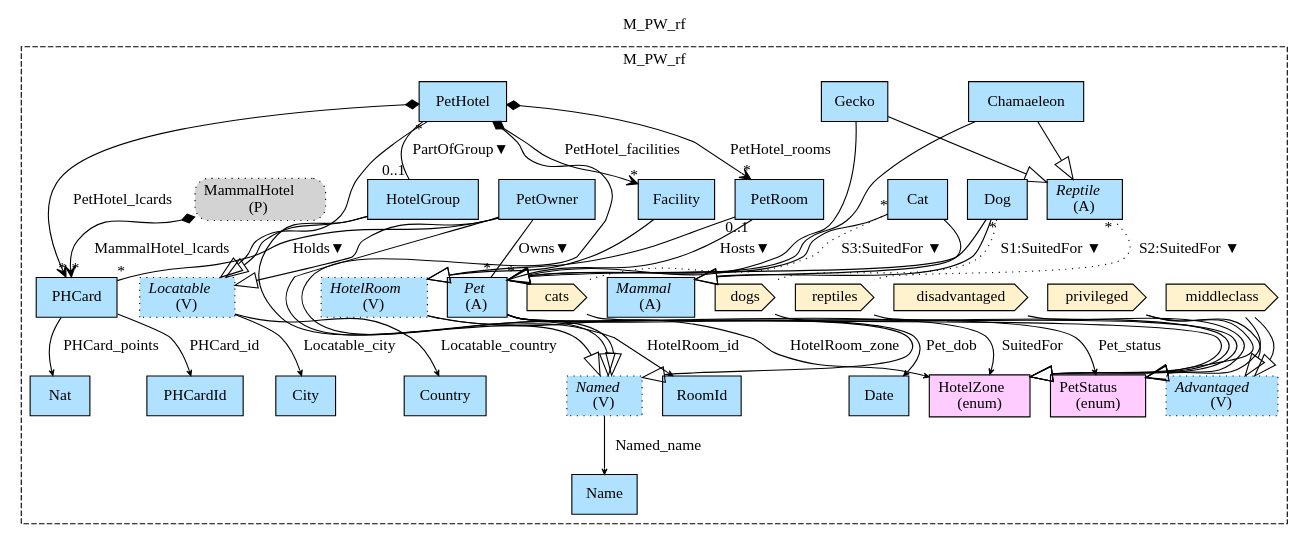
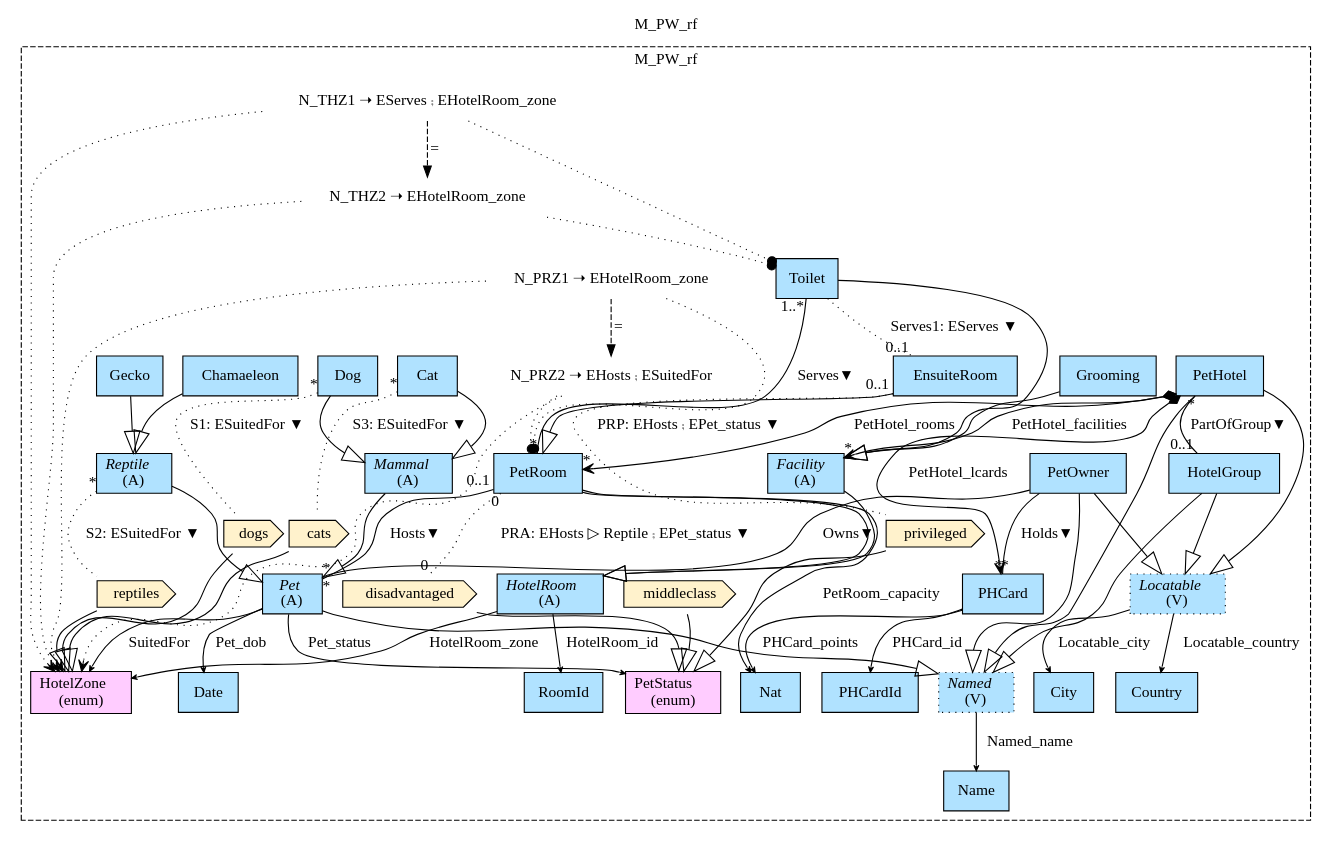
One commit to namalio/Fragmenta changed the diagram in Haskell/FragmentaTests/PetsWorld/img/M_PW_rf.gv. Above: the diagram before and after it, drawn with Graphviz. The commit also changed 36 other files, not shown here.

```diff
--- a/Haskell/FragmentaTests/PetsWorld/img/M_PW_rf.gv
+++ b/Haskell/FragmentaTests/PetsWorld/img/M_PW_rf.gv
@@ -1,86 +1,107 @@
 digraph {graph[label=M_PW_rf,labelloc=tl,labelfontsize=12];
 subgraph cluster_M_PW_rf{style=dashed;label=M_PW_rf;
 "Name"[shape=record,fillcolor=lightskyblue1,style = filled,label="Name"];
 "Country"[shape=record,fillcolor=lightskyblue1,style = filled,label="Country"];
 "City"[shape=record,fillcolor=lightskyblue1,style = filled,label="City"];
 "Date"[shape=record,fillcolor=lightskyblue1,style = filled,label="Date"];
 "PetOwner"[shape=record,fillcolor=lightskyblue1,style = filled,label="PetOwner"];
-"disadvantaged"[shape=cds,fillcolor="#FFF2CC",style = filled,label="disadvantaged"];
+"middleclass"[shape=cds,fillcolor="#FFF2CC",style = filled,label="middleclass"];
 "PetStatus"[shape=record,fillcolor="#FFCCFF",style = filled,label="PetStatus\l(enum)"];
 "Mammal"[shape=record,fillcolor=lightskyblue1,style = filled,label=<{<I>Mammal</I><br/>(A)}>];
 "Chamaeleon"[shape=record,fillcolor=lightskyblue1,style = filled,label="Chamaeleon"];
 "Gecko"[shape=record,fillcolor=lightskyblue1,style = filled,label="Gecko"];
-"privileged"[shape=cds,fillcolor="#FFF2CC",style = filled,label="privileged"];
-"middleclass"[shape=cds,fillcolor="#FFF2CC",style = filled,label="middleclass"];
-"Advantaged"[shape=record,fillcolor=lightskyblue1,style ="filled,dotted",label=<{<I>Advantaged</I><br/>(V)}>];
 "RoomId"[shape=record,fillcolor=lightskyblue1,style = filled,label="RoomId"];
-"HotelZone"[shape=record,fillcolor="#FFCCFF",style = filled,label="HotelZone\l(enum)"];
 "dogs"[shape=cds,fillcolor="#FFF2CC",style = filled,label="dogs"];
 "reptiles"[shape=cds,fillcolor="#FFF2CC",style = filled,label="reptiles"];
 "cats"[shape=cds,fillcolor="#FFF2CC",style = filled,label="cats"];
+"PHCardId"[shape=record,fillcolor=lightskyblue1,style = filled,label="PHCardId"];
 "PetHotel"[shape=record,fillcolor=lightskyblue1,style = filled,label="PetHotel"];
 "HotelGroup"[shape=record,fillcolor=lightskyblue1,style = filled,label="HotelGroup"];
-"Facility"[shape=record,fillcolor=lightskyblue1,style = filled,label="Facility"];
-"Nat"[shape=record,fillcolor=lightskyblue1,style = filled,label="Nat"];
-"PHCardId"[shape=record,fillcolor=lightskyblue1,style = filled,label="PHCardId"];
-"PMammalHotel"[shape=box,fillcolor=lightgray,style ="rounded,filled,dotted",label=<MammalHotel<br/>(P)>];
+"Grooming"[shape=record,fillcolor=lightskyblue1,style = filled,label="Grooming"];
+"Toilet"[shape=record,fillcolor=lightskyblue1,style = filled,label="Toilet"];
 "Pet"[shape=record,fillcolor=lightskyblue1,style = filled,label=<{<I>Pet</I><br/>(A)}>];
 "Dog"[shape=record,fillcolor=lightskyblue1,style = filled,label="Dog"];
 "Reptile"[shape=record,fillcolor=lightskyblue1,style = filled,label=<{<I>Reptile</I><br/>(A)}>];
 "Cat"[shape=record,fillcolor=lightskyblue1,style = filled,label="Cat"];
 "Named"[shape=record,fillcolor=lightskyblue1,style ="filled,dotted",label=<{<I>Named</I><br/>(V)}>];
 "Locatable"[shape=record,fillcolor=lightskyblue1,style ="filled,dotted",label=<{<I>Locatable</I><br/>(V)}>];
+"HotelRoom"[shape=record,fillcolor=lightskyblue1,style = filled,label=<{<I>HotelRoom</I><br/>(A)}>];
+"PHCard"[shape=record,fillcolor=lightskyblue1,style = filled,label="PHCard"];
+"Nat"[shape=record,fillcolor=lightskyblue1,style = filled,label="Nat"];
+"Facility"[shape=record,fillcolor=lightskyblue1,style = filled,label=<{<I>Facility</I><br/>(A)}>];
 "PetRoom"[shape=record,fillcolor=lightskyblue1,style = filled,label="PetRoom"];
-"HotelRoom"[shape=record,fillcolor=lightskyblue1,style ="filled,dotted",label=<{<I>HotelRoom</I><br/>(V)}>];
-"PHCard"[shape=record,fillcolor=lightskyblue1,style = filled,label="PHCard"];
+"HotelZone"[shape=record,fillcolor="#FFCCFF",style = filled,label="HotelZone\l(enum)"];
+"EnsuiteRoom"[shape=record,fillcolor=lightskyblue1,style = filled,label="EnsuiteRoom"];
+"disadvantaged"[shape=cds,fillcolor="#FFF2CC",style = filled,label="disadvantaged"];
+"privileged"[shape=cds,fillcolor="#FFF2CC",style = filled,label="privileged"];
 
 "Named"->"Name"[label="Named_name",arrowhead=vee,headlabel="",arrowsize=.5];
 "Locatable"->"Country"[label="Locatable_country",arrowhead=vee,headlabel="",arrowsize=.5];
 "Locatable"->"City"[label="Locatable_city",arrowhead=vee,headlabel="",arrowsize=.5];
 "Pet"->"Date"[label="Pet_dob",arrowhead=vee,headlabel="",arrowsize=.5];
 "PetOwner"->"Pet"[label="Owns▼",dir=none,taillabel="",headlabel="*"];
 "PetOwner"->"PHCard"[label="Holds▼",dir=none,taillabel="",headlabel="*"];
 "Pet"->"Named"[arrowhead=onormal,arrowsize=2.0];
 "PetOwner"->"Named"[arrowhead=onormal,arrowsize=2.0];
 "PetOwner"->"Locatable"[arrowhead=onormal,arrowsize=2.0];
 "privileged"->"PetStatus"[arrowhead=onormal,arrowsize=2.0];
 "middleclass"->"PetStatus"[arrowhead=onormal,arrowsize=2.0];
 "disadvantaged"->"PetStatus"[arrowhead=onormal,arrowsize=2.0];
 "Pet"->"PetStatus"[label="Pet_status",arrowhead=vee,headlabel="",arrowsize=.5];
-"Dog"->"Pet"[arrowhead=onormal,arrowsize=2.0];
-"Cat"->"Pet"[arrowhead=onormal,arrowsize=2.0];
-"Chamaeleon"->"Pet"[arrowhead=onormal,arrowsize=2.0];
-"Gecko"->"Pet"[arrowhead=onormal,arrowsize=2.0];
+"Mammal"->"Pet"[arrowhead=onormal,arrowsize=2.0];
+"Reptile"->"Pet"[arrowhead=onormal,arrowsize=2.0];
 "Dog"->"Mammal"[arrowhead=onormal,arrowsize=2.0];
 "Cat"->"Mammal"[arrowhead=onormal,arrowsize=2.0];
 "Chamaeleon"->"Reptile"[arrowhead=onormal,arrowsize=2.0];
 "Gecko"->"Reptile"[arrowhead=onormal,arrowsize=2.0];
-"privileged"->"Advantaged"[arrowhead=onormal,arrowsize=2.0];
-"middleclass"->"Advantaged"[arrowhead=onormal,arrowsize=2.0];
 "dogs"->"HotelZone"[arrowhead=onormal,arrowsize=2.0];
 "reptiles"->"HotelZone"[arrowhead=onormal,arrowsize=2.0];
 "cats"->"HotelZone"[arrowhead=onormal,arrowsize=2.0];
 "PetRoom"->"Pet"[label="Hosts▼",dir=none,taillabel="0..1",headlabel="*"];
 "Pet"->"HotelZone"[label="SuitedFor",arrowhead=vee,headlabel="",arrowsize=.5];
 "HotelRoom"->"RoomId"[label="HotelRoom_id",arrowhead=vee,headlabel="",arrowsize=.5];
 "HotelRoom"->"HotelZone"[label="HotelRoom_zone",arrowhead=vee,headlabel="",arrowsize=.5];
-"Dog"->"dogs"[label="S1:SuitedFor ▼",dir=none,taillabel="*",headlabel="",style=dotted];
-"Reptile"->"reptiles"[label="S2:SuitedFor ▼",dir=none,taillabel="*",headlabel="",style=dotted];
-"Cat"->"cats"[label="S3:SuitedFor ▼",dir=none,taillabel="*",headlabel="",style=dotted];
+"Dog"->"dogs"[label="S1: ESuitedFor ▼",dir=none,taillabel="*",headlabel="",style=dotted];
+"Reptile"->"reptiles"[label="S2: ESuitedFor ▼",dir=none,taillabel="*",headlabel="",style=dotted];
+"Cat"->"cats"[label="S3: ESuitedFor ▼",dir=none,taillabel="*",headlabel="",style=dotted];
 "PetRoom"->"HotelRoom"[arrowhead=onormal,arrowsize=2.0];
 "PetHotel"->"HotelGroup"[label="PartOfGroup▼",dir=none,taillabel="*",headlabel="0..1"];
 "PetHotel"->"PHCard"[label="PetHotel_lcards",arrowhead=vee,arrowtail=diamond,dir=both,headlabel="*"];
 "PetHotel"->"Facility"[label="PetHotel_facilities",arrowhead=vee,arrowtail=diamond,dir=both,headlabel="*"];
 "PetHotel"->"PetRoom"[label="PetHotel_rooms",arrowhead=vee,arrowtail=diamond,dir=both,headlabel="*"];
+"PHCard"->"Nat"[label="PHCard_points",arrowhead=vee,headlabel="",arrowsize=.5];
+"PHCard"->"PHCardId"[label="PHCard_id",arrowhead=vee,headlabel="",arrowsize=.5];
 "PetHotel"->"Named"[arrowhead=onormal,arrowsize=2.0];
 "PetHotel"->"Locatable"[arrowhead=onormal,arrowsize=2.0];
 "HotelGroup"->"Named"[arrowhead=onormal,arrowsize=2.0];
 "HotelGroup"->"Locatable"[arrowhead=onormal,arrowsize=2.0];
 "Facility"->"HotelRoom"[arrowhead=onormal,arrowsize=2.0];
-"PHCard"->"Nat"[label="PHCard_points",arrowhead=vee,headlabel="",arrowsize=.5];
-"PHCard"->"PHCardId"[label="PHCard_id",arrowhead=vee,headlabel="",arrowsize=.5];
-"PMammalHotel"->"PHCard"[label="MammalHotel_lcards",arrowhead=vee,arrowtail=diamond,dir=both,headlabel="*"];
+"PetRoom"->"Nat"[label="PetRoom_capacity",arrowhead=vee,headlabel="",arrowsize=.5];
+"EnsuiteRoom"->"PetRoom"[arrowhead=onormal,arrowsize=2.0];
+"Toilet"->"Facility"[arrowhead=onormal,arrowsize=2.0];
+"Grooming"->"Facility"[arrowhead=onormal,arrowsize=2.0];
+"Toilet"->"PetRoom"[label="Serves▼",dir=none,taillabel="1..*",headlabel="*"];
+"Toilet"->"EnsuiteRoom"[label="Serves1: EServes ▼",dir=none,taillabel="",headlabel="0..1",style=dotted];
+"N_THZ1"[shape=none,label="N_THZ1 ➝ EServes ⨾ EHotelRoom_zone"];
+"N_THZ1"->"Toilet"[arrowhead=dot,style=dotted];
+"N_THZ1"->"HotelZone"[arrowhead=vee,style=dotted];
+
+"N_THZ2"[shape=none,label="N_THZ2 ➝ EHotelRoom_zone"];
+"N_THZ2"->"Toilet"[arrowhead=dot,style=dotted];
+"N_THZ2"->"HotelZone"[arrowhead=vee,style=dotted];
+
+"PetRoom"->"disadvantaged"[label="PRA: EHosts ▷ Reptile ⨾ EPet_status ▼",dir=none,taillabel="0",headlabel="0",style=dotted];
+"EnsuiteRoom"->"privileged"[label="PRP: EHosts ⨾ EPet_status ▼",dir=none,taillabel="0..1",headlabel="",style=dotted];
+"N_PRZ1"[shape=none,label="N_PRZ1 ➝ EHotelRoom_zone"];
+"N_PRZ1"->"PetRoom"[arrowhead=dot,style=dotted];
+"N_PRZ1"->"HotelZone"[arrowhead=vee,style=dotted];
+
+"N_PRZ2"[shape=none,label="N_PRZ2 ➝ EHosts ⨾ ESuitedFor"];
+"N_PRZ2"->"PetRoom"[arrowhead=dot,style=dotted];
+"N_PRZ2"->"HotelZone"[arrowhead=vee,style=dotted];
+
+"N_THZ1"->"N_THZ2"[arrowhead=normal,style=dashed, label = "="];
+"N_PRZ1"->"N_PRZ2"[arrowhead=normal,style=dashed, label = "="];
 
 }
-
 }
```
